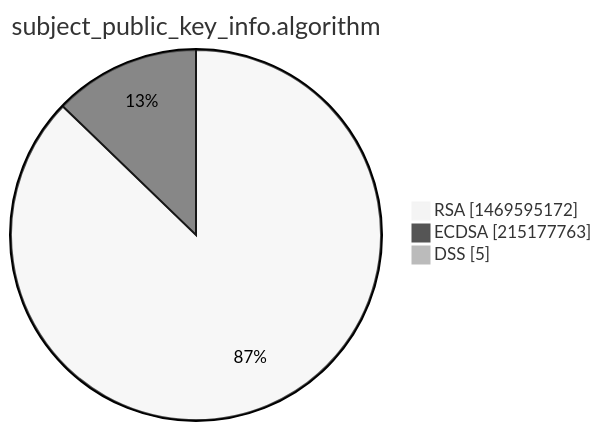
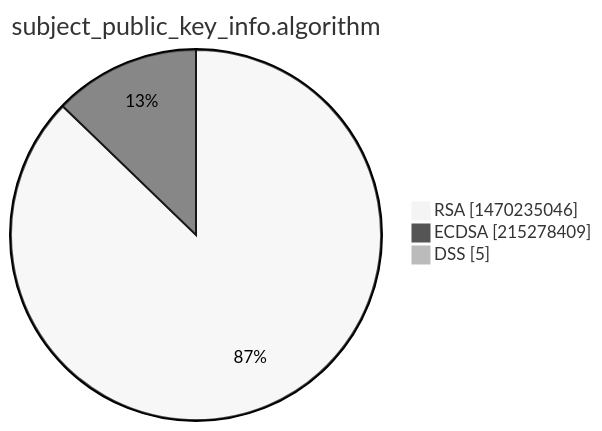
The third of 15 diagrams in xenon2022/README.md (christiankrug/ctmonitor_visualization), drawn with Mermaid (neutral theme) before and after one commit. The commit also changed other lines of this file, not shown here.

````diff
--- a/xenon2022/README.md
+++ b/xenon2022/README.md
@@ -14,7 +14,7 @@
 ```mermaid
 pie showData
 title subject_public_key_info.algorithm
-"RSA" :1469595172
-"ECDSA" :215177763
+"RSA" :1470235046
+"ECDSA" :215278409
 "DSS" :5
 ```
````
